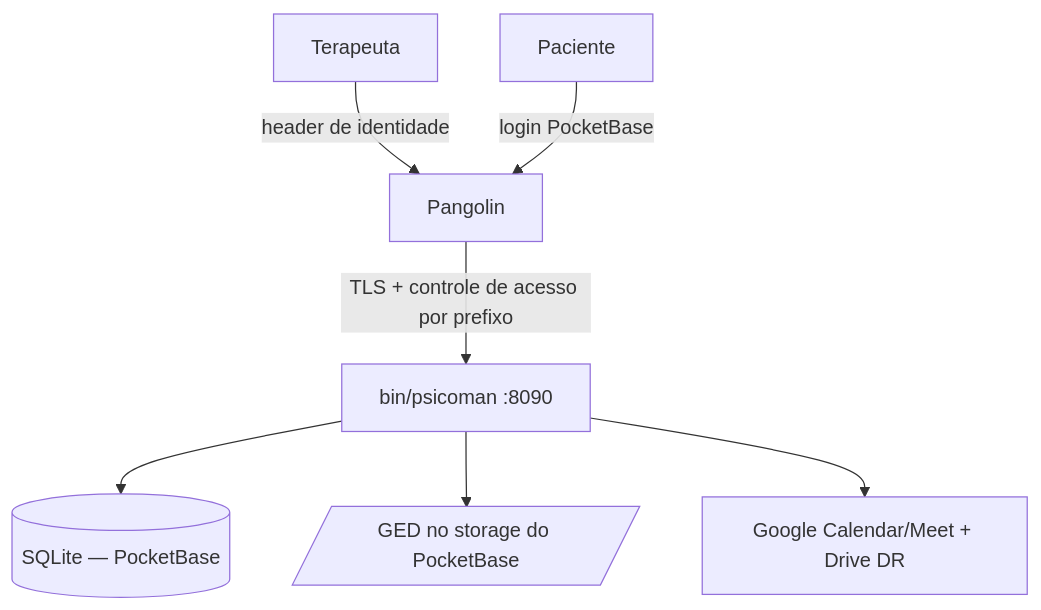
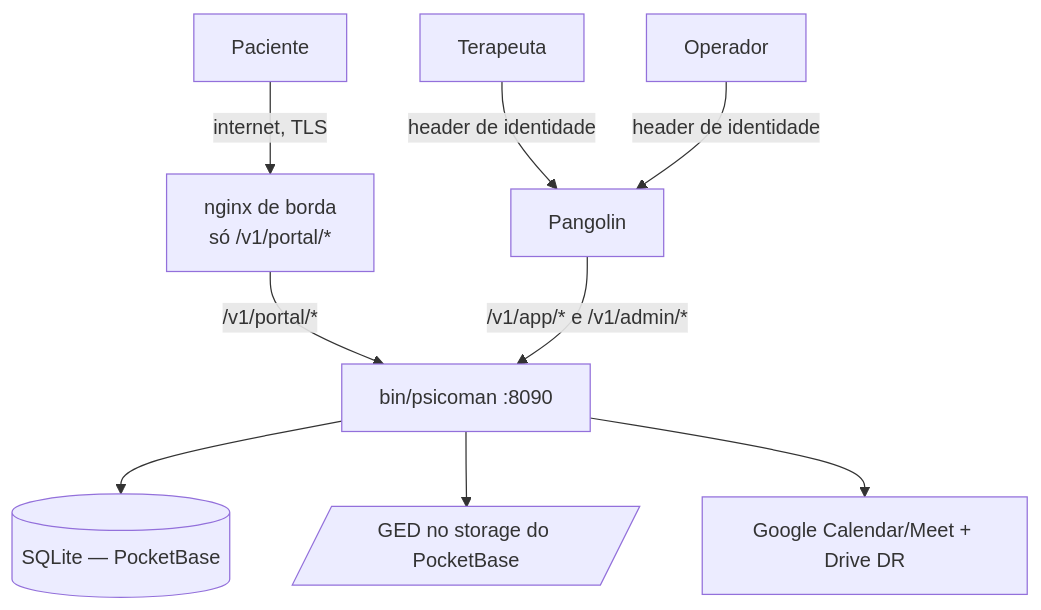
One commit to RafaelFino/psicoman changed the diagram in docs/deploy.md. Above: the diagram before and after it, drawn with Mermaid. The commit also changed other lines of this file and 7 other files, not shown here.

First line of the commit message:
infra: segregacao de exposicao na borda (nginx portal + Pangolin) e CI headless

````diff
--- a/docs/deploy.md
+++ b/docs/deploy.md
@@ -17,9 +17,11 @@
 ```mermaid
 flowchart TB
+    Paciente -->|internet, TLS| Borda[nginx de borda<br/>só /v1/portal/*]
     Terapeuta -->|header de identidade| Pangolin
-    Paciente -->|login PocketBase| Pangolin
-    Pangolin -->|TLS + controle de acesso por prefixo| Psicoman[bin/psicoman :8090]
+    Operador -->|header de identidade| Pangolin
+    Borda -->|/v1/portal/*| Psicoman[bin/psicoman :8090]
+    Pangolin -->|/v1/app/* e /v1/admin/*| Psicoman
     Psicoman --> DB[(SQLite — PocketBase)]
     Psicoman --> GED[/GED no storage do PocketBase/]
     Psicoman --> Google[Google Calendar/Meet + Drive DR]
 ```
````
